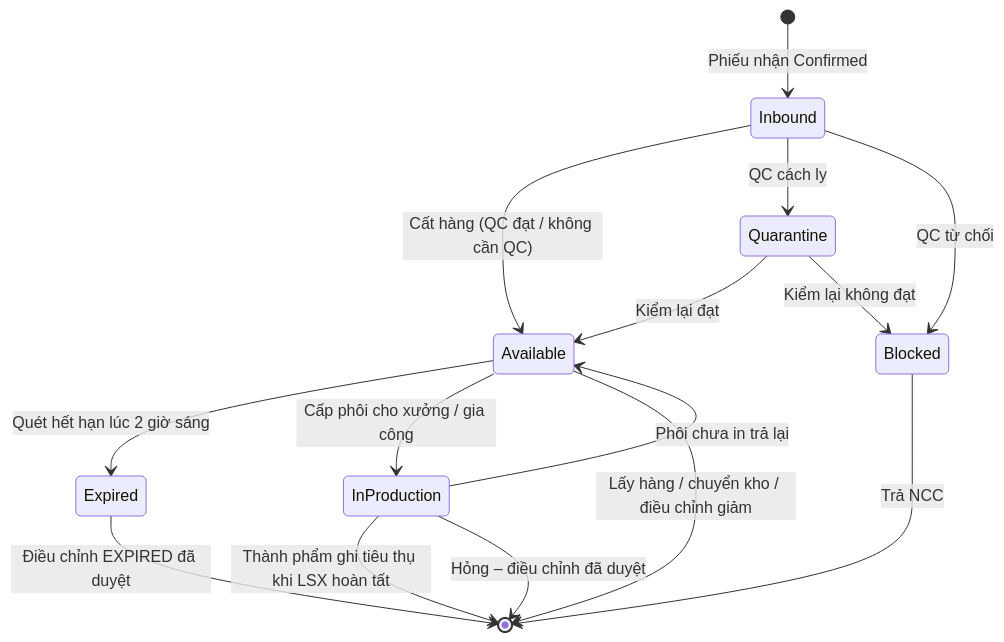
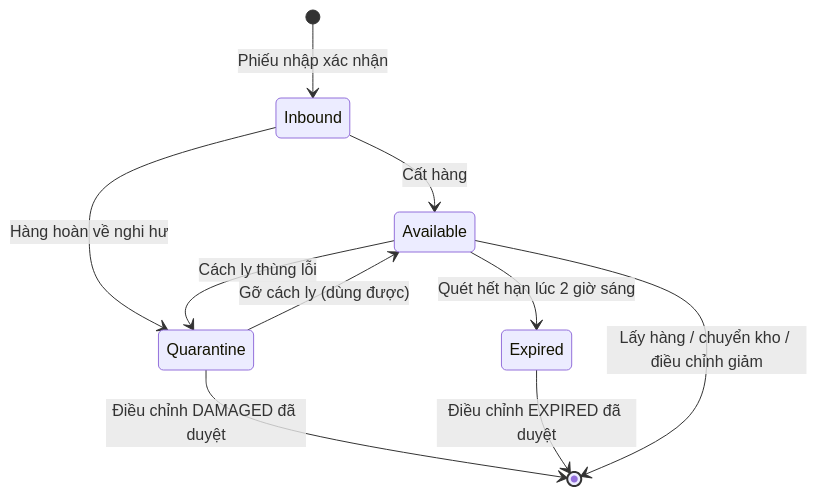
One commit to KLTN-FA26/docs changed the first of 5 diagrams in docs/warehouse/20-inventory-control/README.md. Above: the diagram before and after it, drawn with Mermaid. The commit also changed other lines of this file and 26 other files, not shown here.

````diff
--- a/docs/warehouse/20-inventory-control/README.md
+++ b/docs/warehouse/20-inventory-control/README.md
@@ -199,17 +231,12 @@
 ```mermaid
 stateDiagram-v2
-    [*] --> Inbound: Phiếu nhận Confirmed
-    Inbound --> Available: Cất hàng (QC đạt / không cần QC)
-    Inbound --> Quarantine: QC cách ly
-    Inbound --> Blocked: QC từ chối
-    Quarantine --> Available: Kiểm lại đạt
-    Quarantine --> Blocked: Kiểm lại không đạt
+    [*] --> Inbound: Phiếu nhập xác nhận
+    Inbound --> Available: Cất hàng
+    Inbound --> Quarantine: Hàng hoàn về nghi hư
+    Available --> Quarantine: Cách ly thùng lỗi
+    Quarantine --> Available: Gỡ cách ly (dùng được)
     Available --> Expired: Quét hết hạn lúc 2 giờ sáng
-    Available --> InProduction: Cấp phôi cho xưởng / gia công
-    InProduction --> Available: Phôi chưa in trả lại
-    InProduction --> [*]: Thành phẩm ghi tiêu thụ khi LSX hoàn tất
-    Blocked --> [*]: Trả NCC
+    Quarantine --> [*]: Điều chỉnh DAMAGED đã duyệt
     Expired --> [*]: Điều chỉnh EXPIRED đã duyệt
-    InProduction --> [*]: Hỏng – điều chỉnh đã duyệt
     Available --> [*]: Lấy hàng / chuyển kho / điều chỉnh giảm
 ```
````
